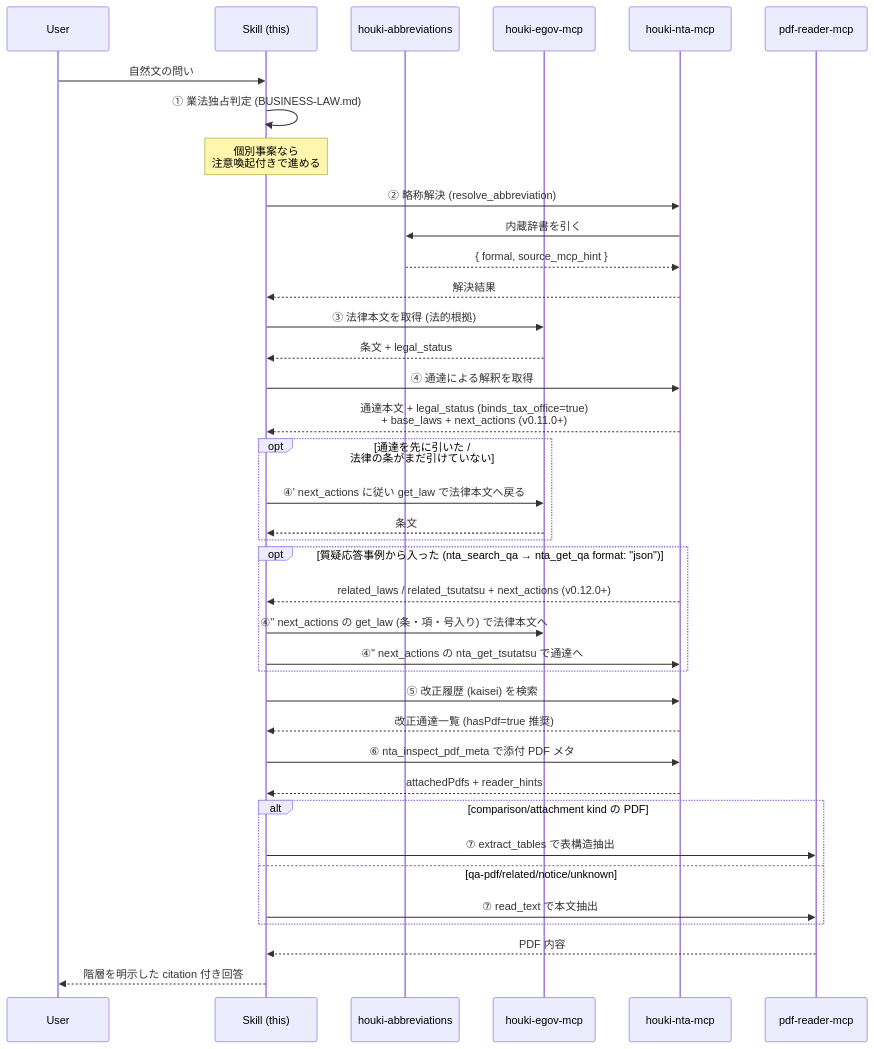
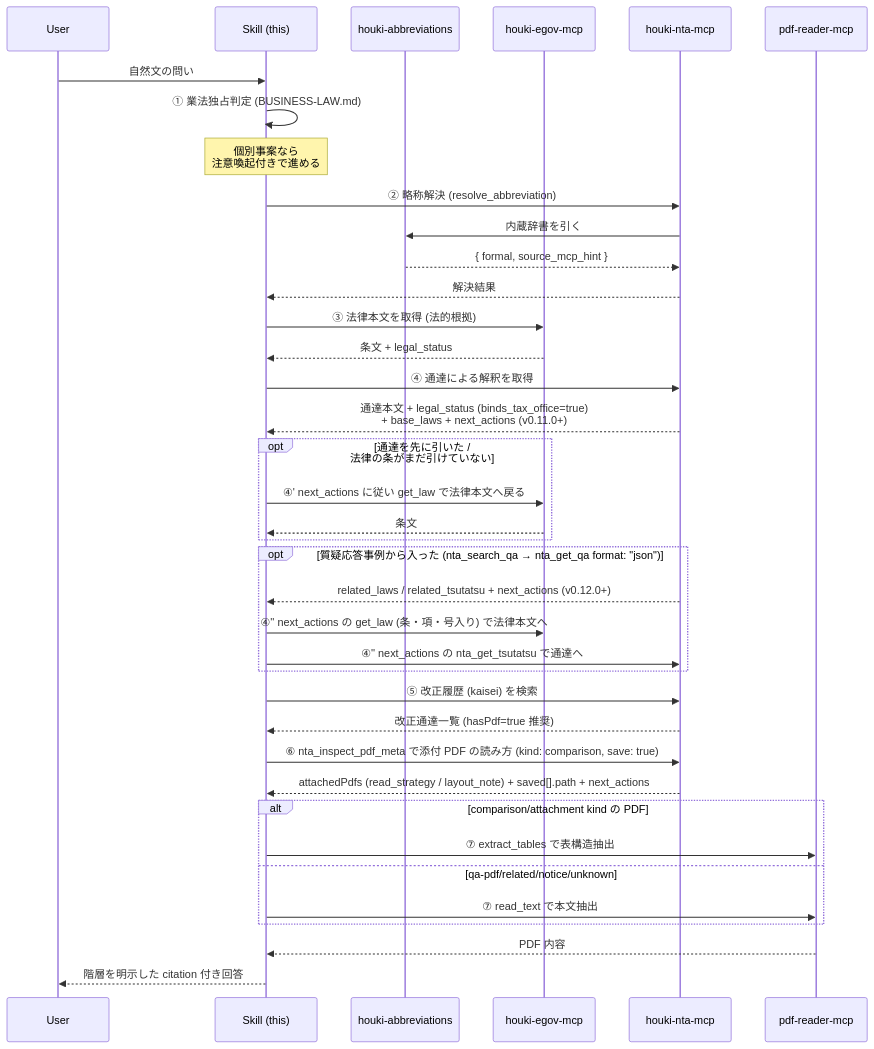
One commit to shuji-bonji/houki-research-skill changed the first of 2 diagrams in skills/houki-research/workflows/tax-research.md. Above: the diagram before and after it, drawn with Mermaid. The commit also changed other lines of this file and 7 other files, not shown here.

First line of the commit message:
feat: 添付 PDF に当たったときの分岐と新旧対照表の読み方を手順に置く（houki-nta-mcp 0.19.0 追随、0.13.0） (#16)

````diff
--- a/skills/houki-research/workflows/tax-research.md
+++ b/skills/houki-research/workflows/tax-research.md
@@ -18,49 +18,49 @@
 ```mermaid
 sequenceDiagram
     participant U as User
     participant S as Skill (this)
     participant A as houki-abbreviations
     participant E as houki-egov-mcp
     participant N as houki-nta-mcp
     participant P as pdf-reader-mcp
 
     U->>S: 自然文の問い
     S->>S: ① 業法独占判定 (BUSINESS-LAW.md)
     Note over S: 個別事案なら<br/>注意喚起付きで進める
 
     S->>N: ② 略称解決 (resolve_abbreviation)
     N->>A: 内蔵辞書を引く
     A-->>N: { formal, source_mcp_hint }
     N-->>S: 解決結果
 
     S->>E: ③ 法律本文を取得 (法的根拠)
     E-->>S: 条文 + legal_status
 
     S->>N: ④ 通達による解釈を取得
     N-->>S: 通達本文 + legal_status (binds_tax_office=true)<br/>+ base_laws + next_actions (v0.11.0+)
     opt 通達を先に引いた / 法律の条がまだ引けていない
         S->>E: ④' next_actions に従い get_law で法律本文へ戻る
         E-->>S: 条文
     end
 
     opt 質疑応答事例から入った (nta_search_qa → nta_get_qa format: "json")
         N-->>S: related_laws / related_tsutatsu + next_actions (v0.12.0+)
         S->>E: ④'' next_actions の get_law (条・項・号入り) で法律本文へ
         S->>N: ④'' next_actions の nta_get_tsutatsu で通達へ
     end
 
     S->>N: ⑤ 改正履歴 (kaisei) を検索
     N-->>S: 改正通達一覧 (hasPdf=true 推奨)
 
-    S->>N: ⑥ nta_inspect_pdf_meta で添付 PDF メタ
-    N-->>S: attachedPdfs + reader_hints
+    S->>N: ⑥ nta_inspect_pdf_meta で添付 PDF の読み方 (kind: comparison, save: true)
+    N-->>S: attachedPdfs (read_strategy / layout_note) + saved[].path + next_actions
 
     alt comparison/attachment kind の PDF
         S->>P: ⑦ extract_tables で表構造抽出
     else qa-pdf/related/notice/unknown
         S->>P: ⑦ read_text で本文抽出
     end
     P-->>S: PDF 内容
 
     S-->>U: 階層を明示した citation 付き回答
 ```
````
